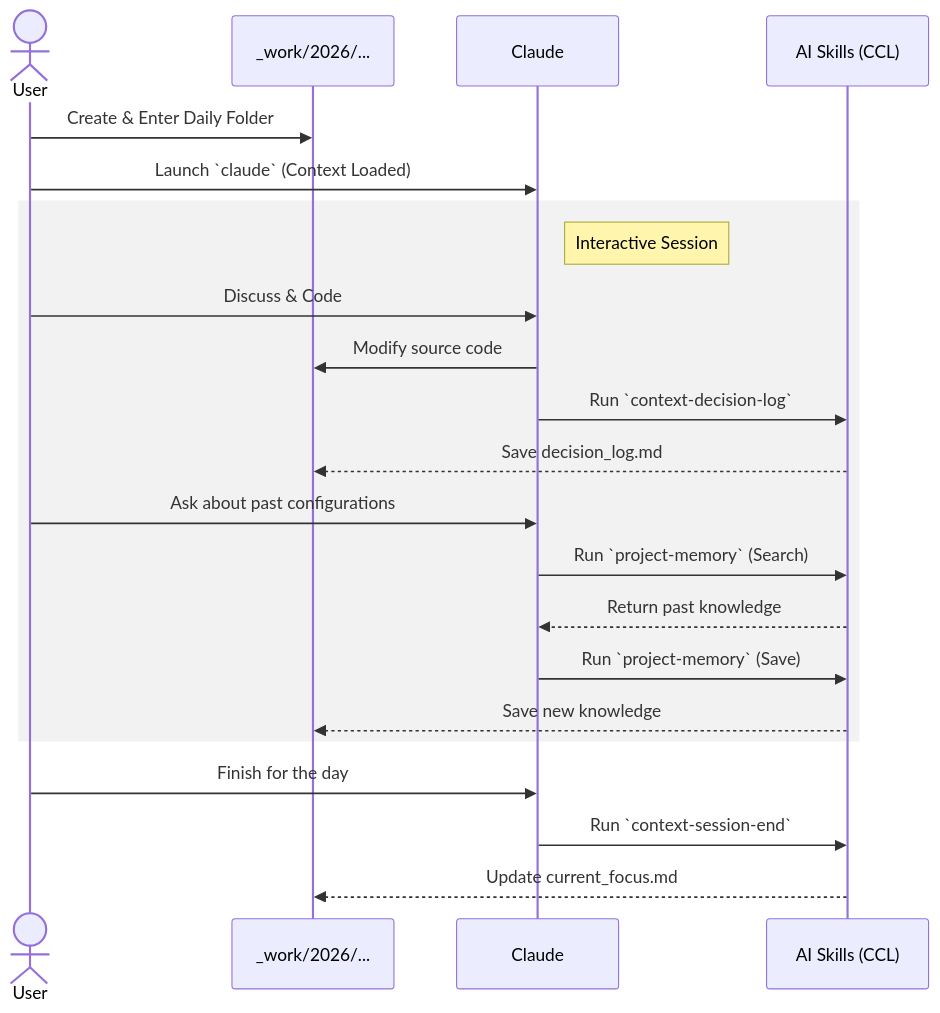
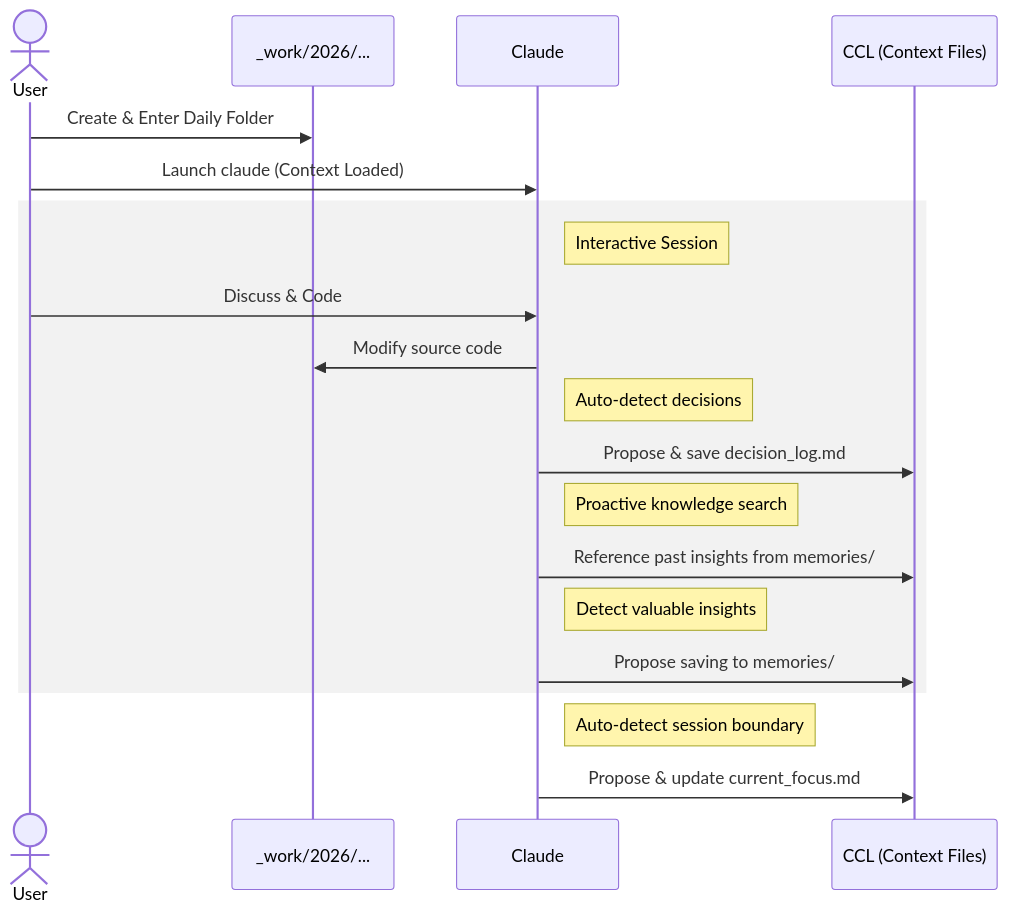
Before and after one commit to yt3trees/ai-collab-folder-structure: the second of 2 diagrams in README.md, drawn with Mermaid. The commit also changed other lines of this file and 1 other file, not shown here.

````diff
--- a/README.md
+++ b/README.md
@@ -96,31 +97,29 @@
 ```mermaid
 sequenceDiagram
     actor User
     participant Work as _work/2026/...
     participant Claude
-    participant CCL as AI Skills (CCL)
+    participant CCL as CCL (Context Files)
 
     User->>Work: Create & Enter Daily Folder
-    User->>Claude: Launch `claude` (Context Loaded)
-    
+    User->>Claude: Launch claude (Context Loaded)
+
     rect rgba(128, 128, 128, 0.1)
         Note right of Claude: Interactive Session
-        
+
         User->>Claude: Discuss & Code
         Claude->>Work: Modify source code
-        
-        Claude->>CCL: Run `context-decision-log`
-        CCL-->>Work: Save decision_log.md
-        
-        User->>Claude: Ask about past configurations
-        Claude->>CCL: Run `project-memory` (Search)
-        CCL-->>Claude: Return past knowledge
-        
-        Claude->>CCL: Run `project-memory` (Save)
-        CCL-->>Work: Save new knowledge
+
+        Note right of Claude: Auto-detect decisions
+        Claude->>CCL: Propose & save decision_log.md
+
+        Note right of Claude: Proactive knowledge search
+        Claude->>CCL: Reference past insights from memories/
+
+        Note right of Claude: Detect valuable insights
+        Claude->>CCL: Propose saving to memories/
     end
 
-    User->>Claude: Finish for the day
-    Claude->>CCL: Run `context-session-end`
-    CCL-->>Work: Update current_focus.md
+    Note right of Claude: Auto-detect session boundary
+    Claude->>CCL: Propose & update current_focus.md
 ```
````
